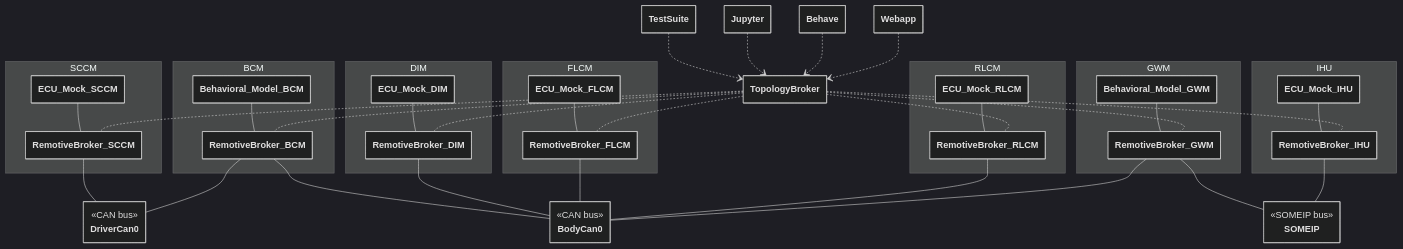
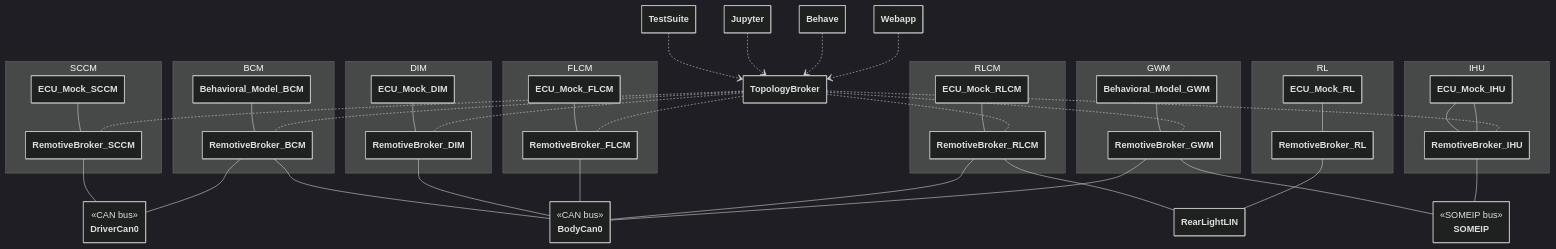
The diagram in lighting_and_steering/README.md (remotivelabs/remotivelabs-topology-examples), drawn with Mermaid (dark theme) before and after one commit. The commit also changed 41 other files, not shown here.

```diff
--- a/lighting_and_steering/README.md
+++ b/lighting_and_steering/README.md
@@ -52,6 +52,11 @@
         class RemotiveBroker_RLCM
     }
 
+    namespace RL {
+        class ECU_Mock_RL
+        class RemotiveBroker_RL
+    }
+
     namespace GWM {
         class Behavioral_Model_GWM
         class RemotiveBroker_GWM
@@ -86,6 +91,8 @@
     RemotiveBroker_GWM -- BodyCan0
     RemotiveBroker_GWM -- SOMEIP
     RemotiveBroker_IHU -- SOMEIP
+    RemotiveBroker_RLCM -- RearLightLIN
+    RemotiveBroker_RL -- RearLightLIN
 
     ECU_Mock_SCCM -- RemotiveBroker_SCCM
     Behavioral_Model_BCM -- RemotiveBroker_BCM
@@ -94,6 +101,8 @@
     ECU_Mock_RLCM -- RemotiveBroker_RLCM
     Behavioral_Model_GWM -- RemotiveBroker_GWM
     ECU_Mock_IHU -- RemotiveBroker_IHU
+    ECU_Mock_IHU -- RemotiveBroker_IHU 
+    ECU_Mock_RL -- RemotiveBroker_RL
 
     TestSuite ..> TopologyBroker
     Jupyter ..> TopologyBroker
```
